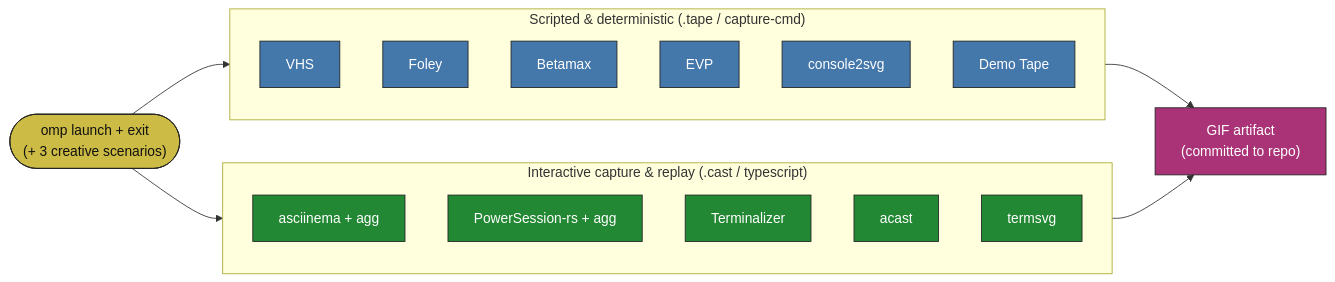
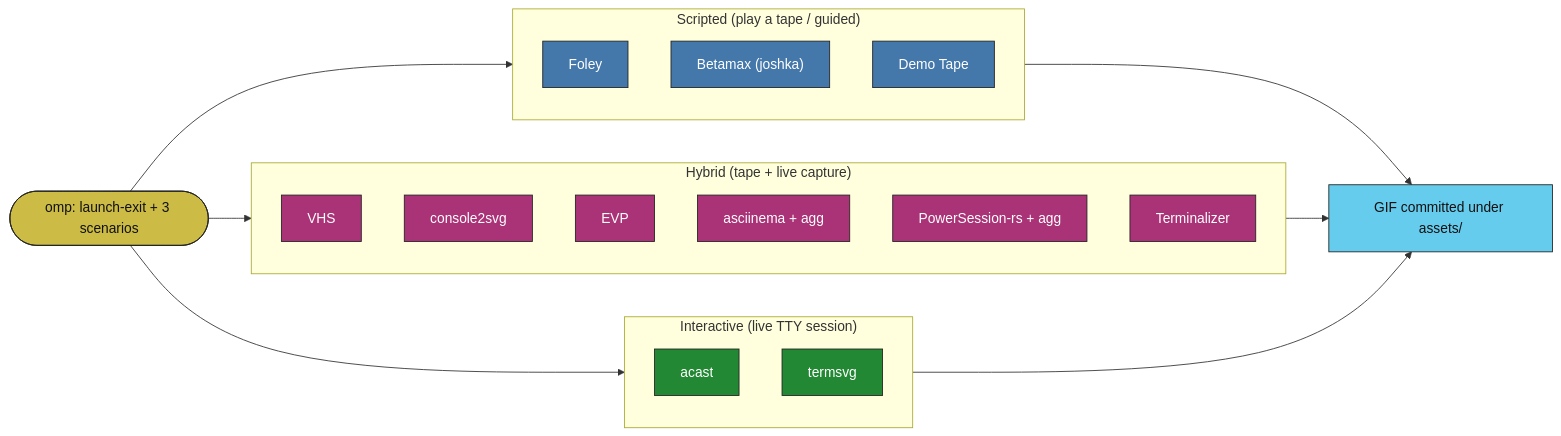
The diagram in README.md (YoraiLevi/testing-area), drawn with Mermaid before and after one commit. The commit also changed other lines of this file, not shown here.

````diff
--- a/README.md
+++ b/README.md
@@ -13,29 +17,35 @@
 ```mermaid
 flowchart LR
-  subgraph F1["Scripted &amp; deterministic (.tape / capture-cmd)"]
+  OMP(["omp: launch-exit + 3 scenarios"]):::c
+  subgraph SCR["Scripted (play a tape / guided)"]
     direction TB
-    VHS["VHS"]:::a
     FOLEY["Foley"]:::a
-    BETA["Betamax"]:::a
-    EVP["EVP"]:::a
-    C2S["console2svg"]:::a
+    BETA["Betamax (joshka)"]:::a
     DT["Demo Tape"]:::a
   end
-  subgraph F2["Interactive capture &amp; replay (.cast / typescript)"]
+  subgraph HYB["Hybrid (tape + live capture)"]
     direction TB
-    ASC["asciinema + agg"]:::b
-    PS["PowerSession-rs + agg"]:::b
-    TZ["Terminalizer"]:::b
+    VHS["VHS"]:::h
+    C2S["console2svg"]:::h
+    EVP["EVP"]:::h
+    ASC["asciinema + agg"]:::h
+    PS["PowerSession-rs + agg"]:::h
+    TZ["Terminalizer"]:::h
+  end
+  subgraph INT["Interactive (live TTY session)"]
+    direction TB
     ACAST["acast"]:::b
     TSVG["termsvg"]:::b
   end
-  OMP(["omp launch + exit\n(+ 3 creative scenarios)"]):::c
-  OMP --> F1
-  OMP --> F2
-  F1 --> GIF["GIF artifact\n(committed to repo)"]:::d
-  F2 --> GIF
+  OMP --> SCR
+  OMP --> HYB
+  OMP --> INT
+  SCR --> GIF["GIF committed under assets/"]:::d
+  HYB --> GIF
+  INT --> GIF
   classDef a fill:#4477AA,color:#fff,stroke:#222
   classDef b fill:#228833,color:#fff,stroke:#222
+  classDef h fill:#AA3377,color:#fff,stroke:#222
   classDef c fill:#CCBB44,color:#111,stroke:#222
-  classDef d fill:#AA3377,color:#fff,stroke:#222
+  classDef d fill:#66CCEE,color:#111,stroke:#222
 ```
````
